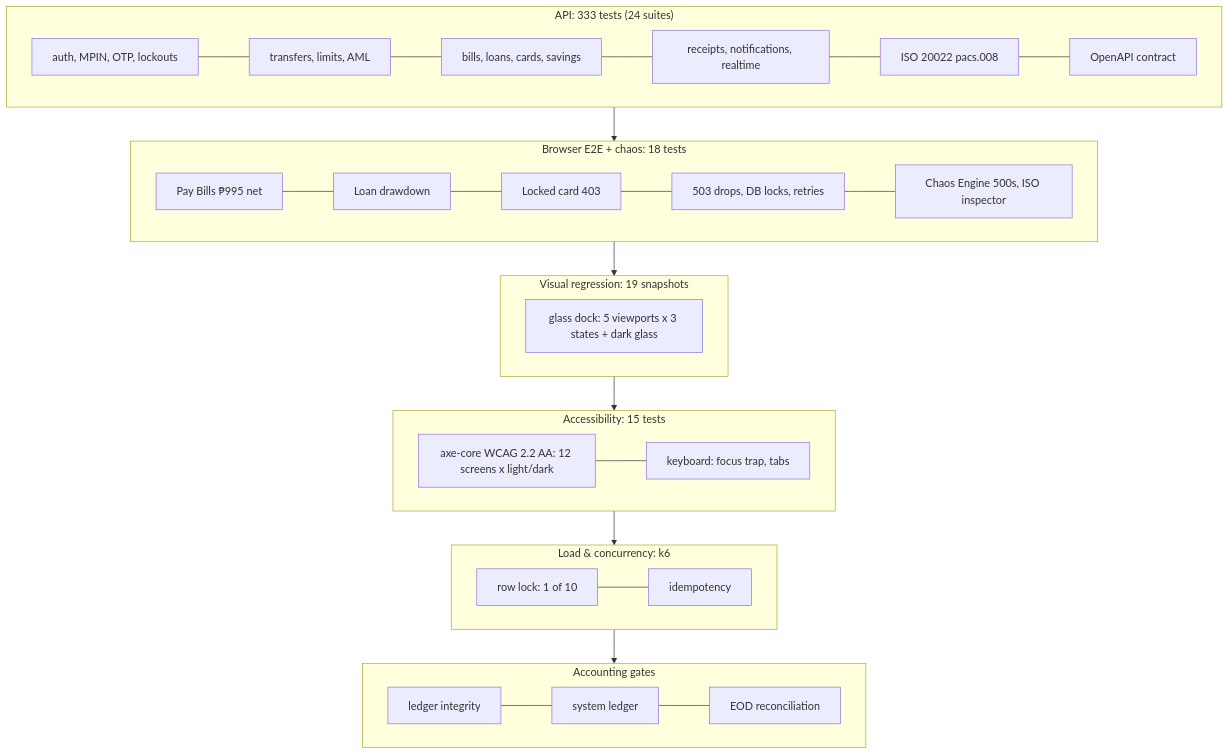
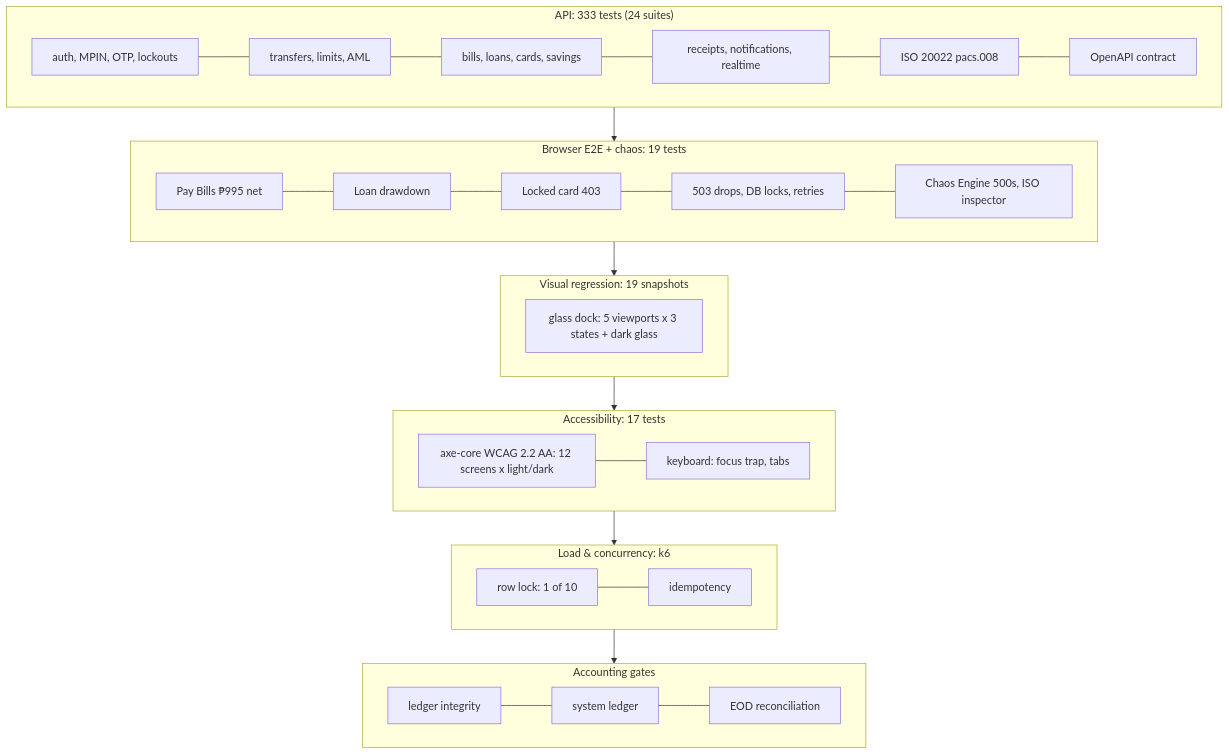
Before and after one commit to brylleopada77/PayPulse: the first of 3 diagrams in README.md, drawn with Mermaid. The commit also changed other lines of this file and 10 other files, not shown here.

````diff
--- a/README.md
+++ b/README.md
@@ -52,24 +52,24 @@
 ```mermaid
 flowchart TB
   subgraph L1["API: 333 tests (24 suites)"]
     a1[auth, MPIN, OTP, lockouts] --- a2[transfers, limits, AML]
     a2 --- a3[bills, loans, cards, savings]
     a3 --- a4[receipts, notifications, realtime] --- a5[ISO 20022 pacs.008] --- a6[OpenAPI contract]
   end
-  subgraph L2["Browser E2E + chaos: 18 tests"]
+  subgraph L2["Browser E2E + chaos: 19 tests"]
     b1[Pay Bills ₱995 net] --- b2[Loan drawdown] --- b3[Locked card 403] --- b4[503 drops, DB locks, retries] --- b5[Chaos Engine 500s, ISO inspector]
   end
   subgraph L3["Visual regression: 19 snapshots"]
     v1[glass dock: 5 viewports x 3 states + dark glass]
   end
-  subgraph L3b["Accessibility: 15 tests"]
+  subgraph L3b["Accessibility: 17 tests"]
     x1[axe-core WCAG 2.2 AA: 12 screens x light/dark] --- x2[keyboard: focus trap, tabs]
   end
   subgraph L4["Load & concurrency: k6"]
     k1[row lock: 1 of 10] --- k2[idempotency]
   end
   subgraph L5["Accounting gates"]
     g1[ledger integrity] --- g2[system ledger] --- g3[EOD reconciliation]
   end
   L1 --> L2 --> L3 --> L3b --> L4 --> L5
 ```
````
